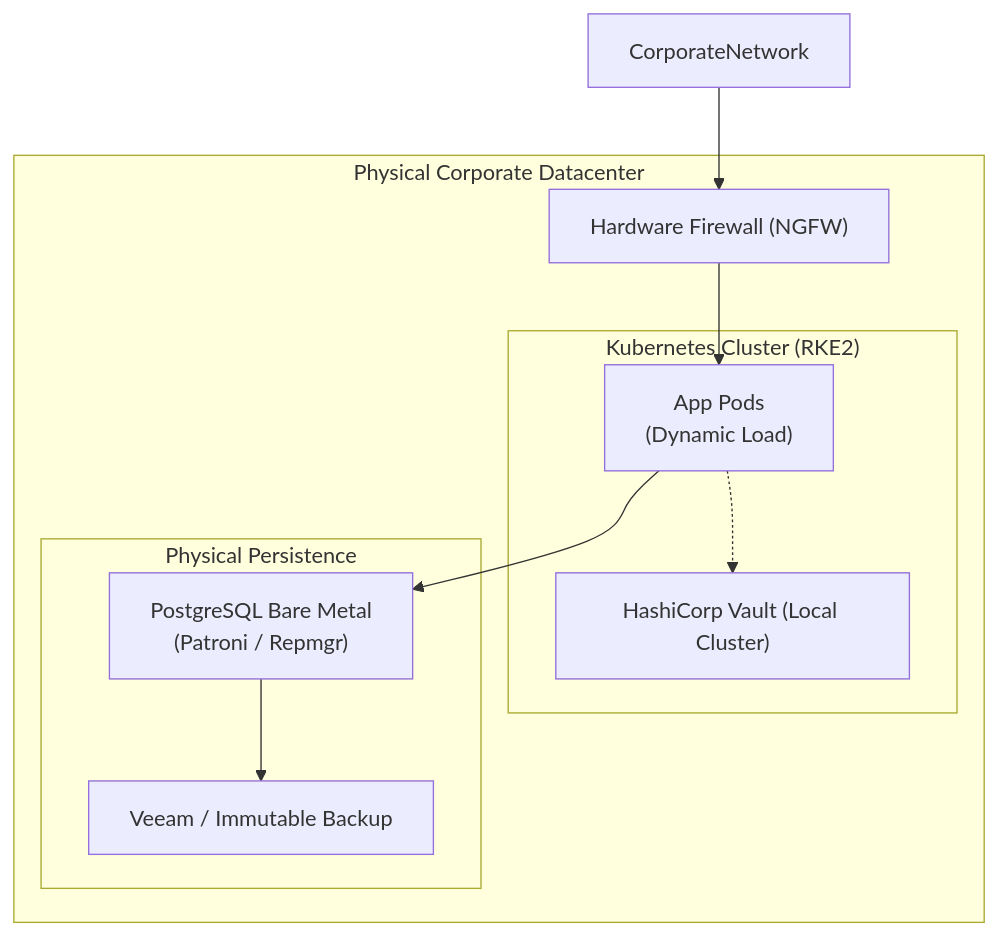
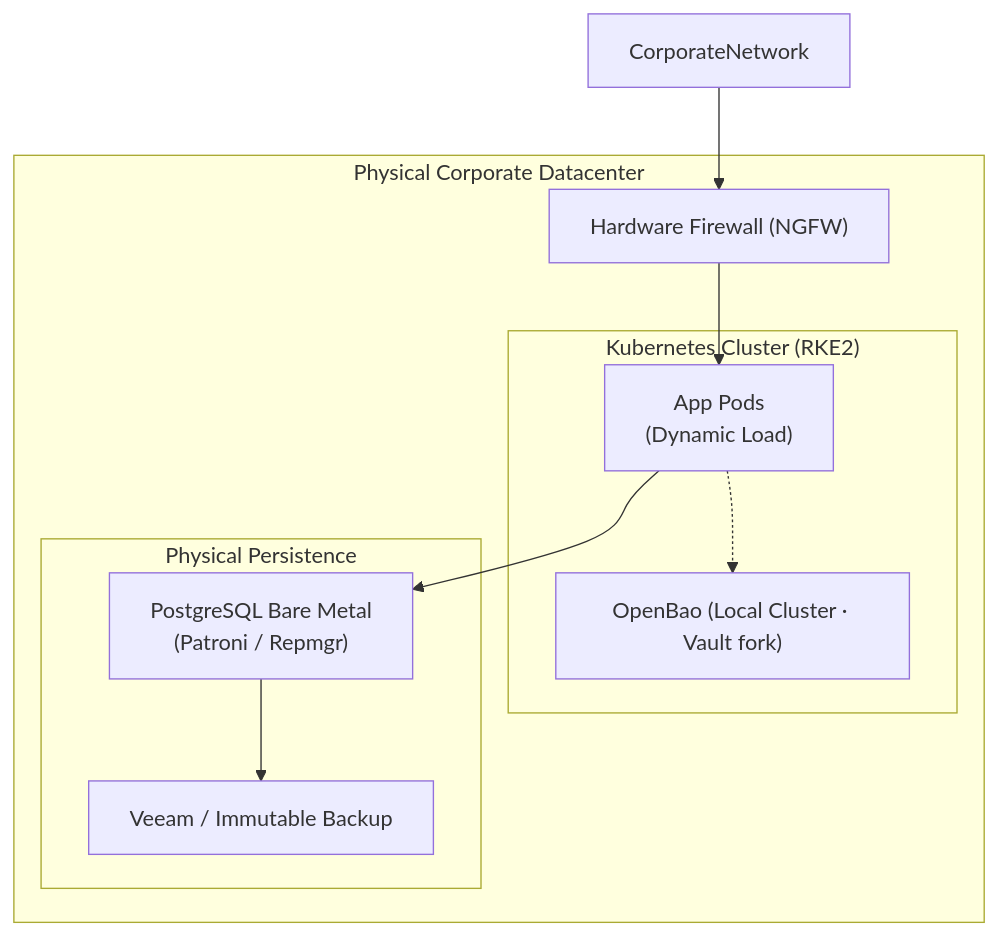
One commit to beyondnetcode/evolith_arch32 changed the third of 4 diagrams in reference/architecture/blueprints/multi-cloud-deployment-scenarios.md. Above: the diagram before and after it, drawn with Mermaid. The commit also changed other lines of this file and 31 other files, not shown here.

First line of the commit message:
chore(infra): migrate HashiCorp Vault to OpenBao (GT-112)

````diff
--- a/reference/architecture/blueprints/multi-cloud-deployment-scenarios.md
+++ b/reference/architecture/blueprints/multi-cloud-deployment-scenarios.md
@@ -185,20 +185,20 @@
 ```mermaid
 graph TD
  subgraph Datacenter["Physical Corporate Datacenter"]
  FW["Hardware Firewall (NGFW)"]
  subgraph K8sCluster["Kubernetes Cluster (RKE2)"]
  AppPods["App Pods\n(Dynamic Load)"]
- Vault["HashiCorp Vault (Local Cluster)"]
+ OpenBao["OpenBao (Local Cluster · Vault fork)"]
  end
  subgraph BareMetalData["Physical Persistence"]
  PostgresHAP["PostgreSQL Bare Metal\n(Patroni / Repmgr)"]
  Backup["Veeam / Immutable Backup"]
  end
  end
  
  CorporateNetwork --> FW
  FW --> AppPods
- AppPods -.-> Vault
+ AppPods -.-> OpenBao
  AppPods --> PostgresHAP
  PostgresHAP --> Backup
 ```
````
